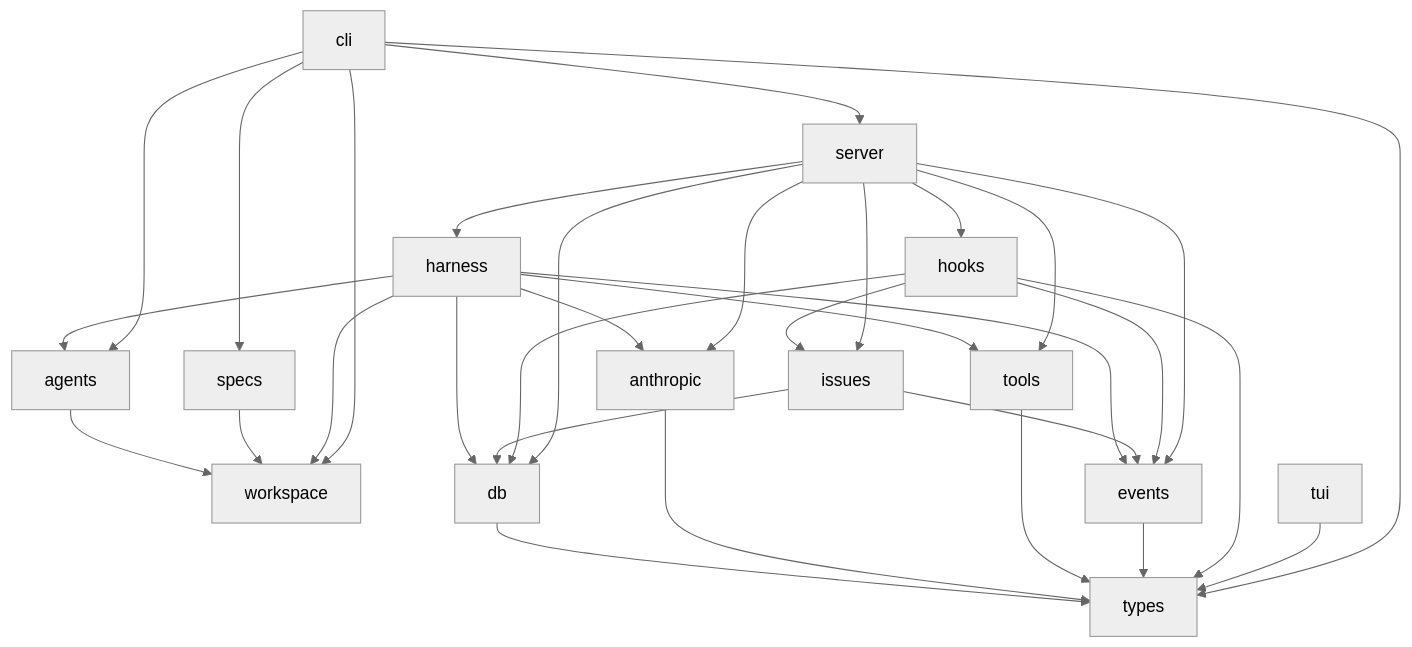
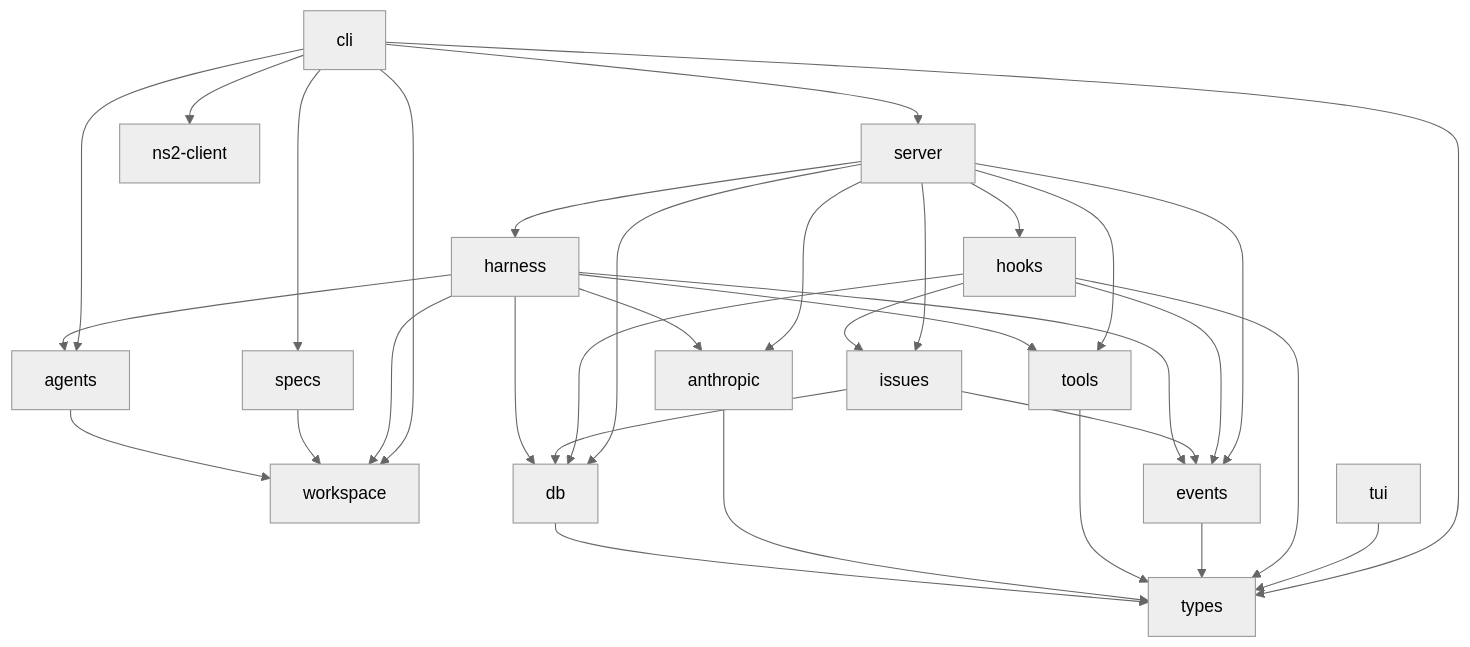
One commit to drufball/ns2 changed the diagram in specs/architecture.spec.md. Above: the diagram before and after it, drawn with Mermaid (neutral theme). The commit also changed other lines of this file and 19 other files, not shown here.

````diff
--- a/specs/architecture.spec.md
+++ b/specs/architecture.spec.md
@@ -20,24 +20,26 @@
 ```mermaid
 graph TD
     types
     workspace
 
     db --> types
     anthropic --> types
     tools --> types
     agents --> workspace
     specs --> workspace
 
     events --> types
 
     harness --> db & anthropic & tools & agents & workspace & events
 
     issues --> db & events
 
     hooks --> events & db & issues & types
 
     server --> issues & db & anthropic & tools & harness & events & hooks
 
+    ns2-client
+
     tui --> types
-    cli --> agents & specs & workspace & server & types
+    cli --> agents & specs & workspace & server & types & ns2-client
 ```
````
